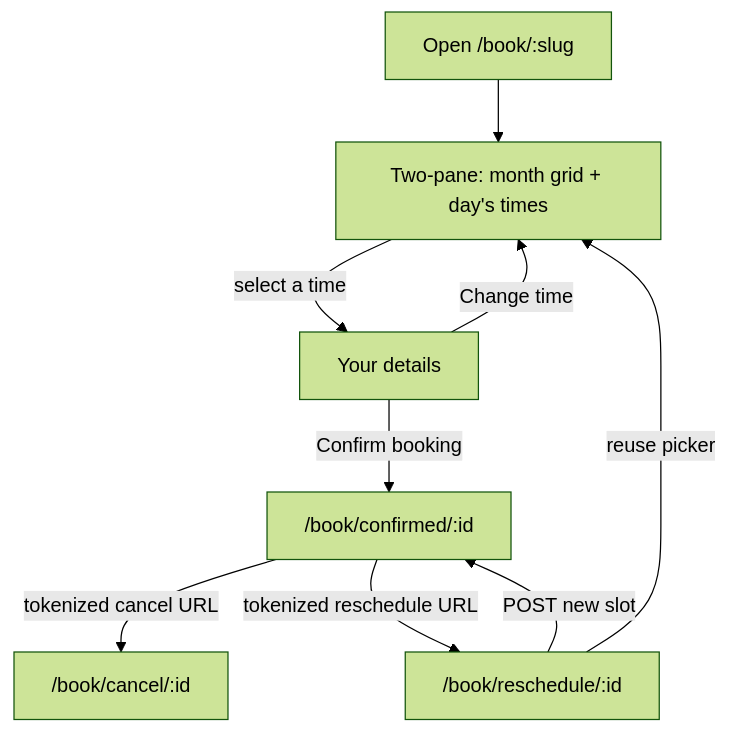
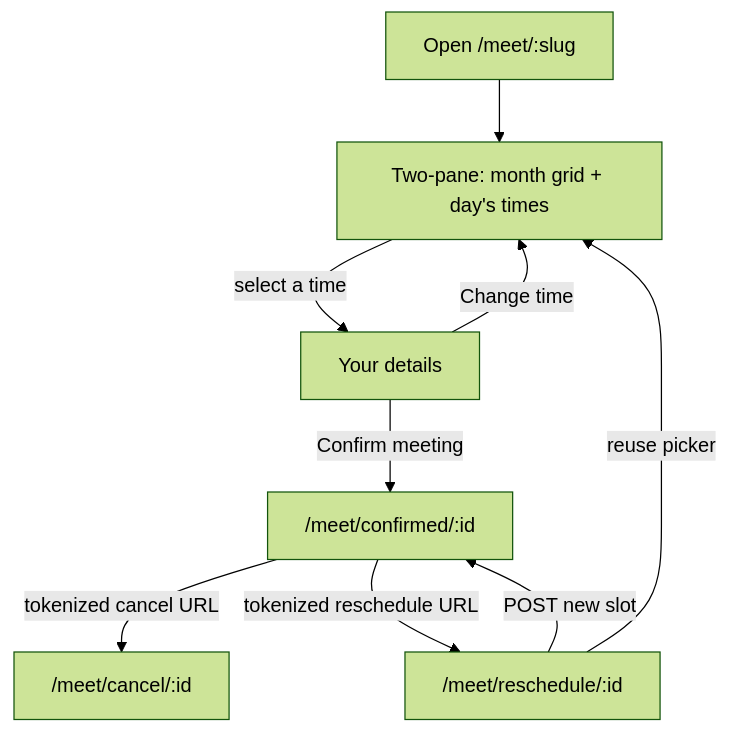
The first of 2 diagrams in docs/features/booking.md (SwitchbackTech/compass), drawn with Mermaid (forest theme) before and after one commit. The commit also changed other lines of this file and 19 other files, not shown here.

First line of the commit message:
feat(booking): rename guest-facing copy from booking to meeting (#3519)

````diff
--- a/docs/features/booking.md
+++ b/docs/features/booking.md
@@ -119,17 +119,17 @@
 ```mermaid
 flowchart TD
-  load["Open /book/:slug"]
+  load["Open /meet/:slug"]
   picker["Two-pane: month grid + day's times"]
   details["Your details"]
-  permalink["/book/confirmed/:id"]
-  cancel["/book/cancel/:id"]
-  reschedule["/book/reschedule/:id"]
+  permalink["/meet/confirmed/:id"]
+  cancel["/meet/cancel/:id"]
+  reschedule["/meet/reschedule/:id"]
   load --> picker
   picker -->|select a time| details
   details -->|Change time| picker
-  details -->|Confirm booking| permalink
+  details -->|Confirm meeting| permalink
   permalink -->|tokenized cancel URL| cancel
   permalink -->|tokenized reschedule URL| reschedule
   reschedule -->|reuse picker| picker
   reschedule -->|POST new slot| permalink
 ```
````
